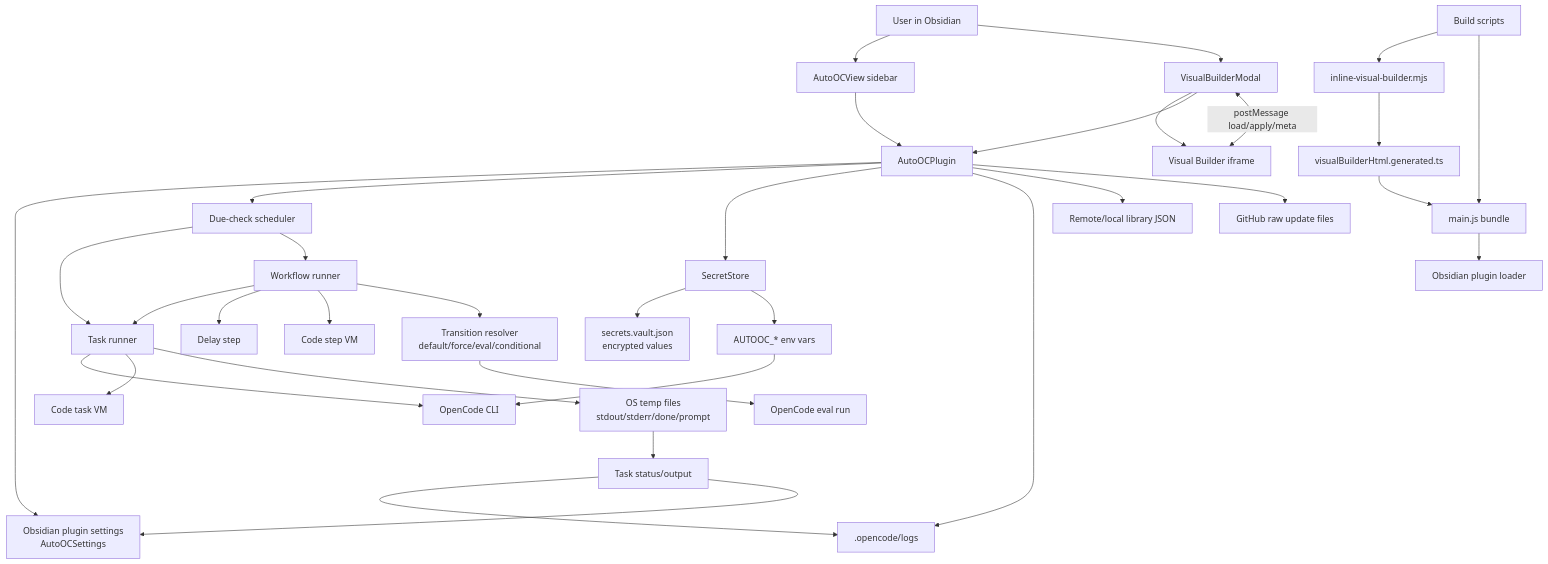
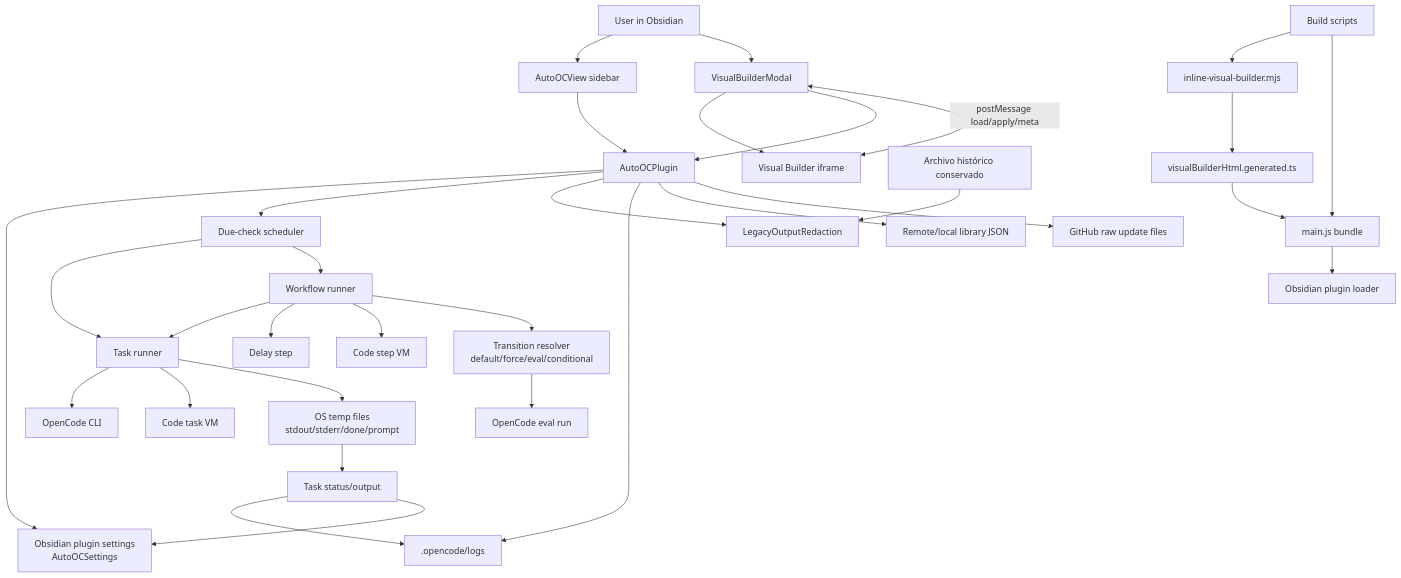
Before and after one commit to juanpega/AutoOC_obisdian_extension: the diagram in docs/architecture.md, drawn with Mermaid. The commit also changed other lines of this file and 18 other files, not shown here.

````diff
--- a/docs/architecture.md
+++ b/docs/architecture.md
@@ -189,44 +188,42 @@
 ```mermaid
 flowchart TD
     User[User in Obsidian] --> View[AutoOCView sidebar]
     User --> VBModal[VisualBuilderModal]
 
     View --> Plugin[AutoOCPlugin]
     VBModal --> Iframe[Visual Builder iframe]
     Iframe <-->|postMessage load/apply/meta| VBModal
     VBModal --> Plugin
 
     Plugin --> Settings[Obsidian plugin settings\nAutoOCSettings]
     Plugin --> Scheduler[Due-check scheduler]
     Scheduler --> TaskRunner[Task runner]
     Scheduler --> WorkflowRunner[Workflow runner]
 
     WorkflowRunner --> TaskRunner
     WorkflowRunner --> DelayStep[Delay step]
     WorkflowRunner --> CodeStep[Code step VM]
     WorkflowRunner --> TransitionResolver[Transition resolver\ndefault/force/eval/conditional]
     TransitionResolver --> EvalOpenCode[OpenCode eval run]
 
     TaskRunner --> OpenCode[OpenCode CLI]
     TaskRunner --> CodeTask[Code task VM]
     TaskRunner --> TempFiles[OS temp files\nstdout/stderr/done/prompt]
     TempFiles --> TaskOutput[Task status/output]
 
-    Plugin --> SecretStore[SecretStore]
-    SecretStore --> SecretsFile[secrets.vault.json\nencrypted values]
-    SecretStore --> Env[AUTOOC_* env vars]
-    Env --> OpenCode
+    Plugin --> Redaction[LegacyOutputRedaction]
+    SecretsFile[Archivo histórico conservado] --> Redaction
 
     Plugin --> Logs[.opencode/logs]
     TaskOutput --> Logs
     TaskOutput --> Settings
 
     Plugin --> Library[Remote/local library JSON]
     Plugin --> Updates[GitHub raw update files]
 
     Build[Build scripts] --> Inline[inline-visual-builder.mjs]
     Inline --> Generated[visualBuilderHtml.generated.ts]
     Generated --> Bundle[main.js bundle]
     Build --> Bundle
     Bundle --> Obsidian[Obsidian plugin loader]
 ```
````
